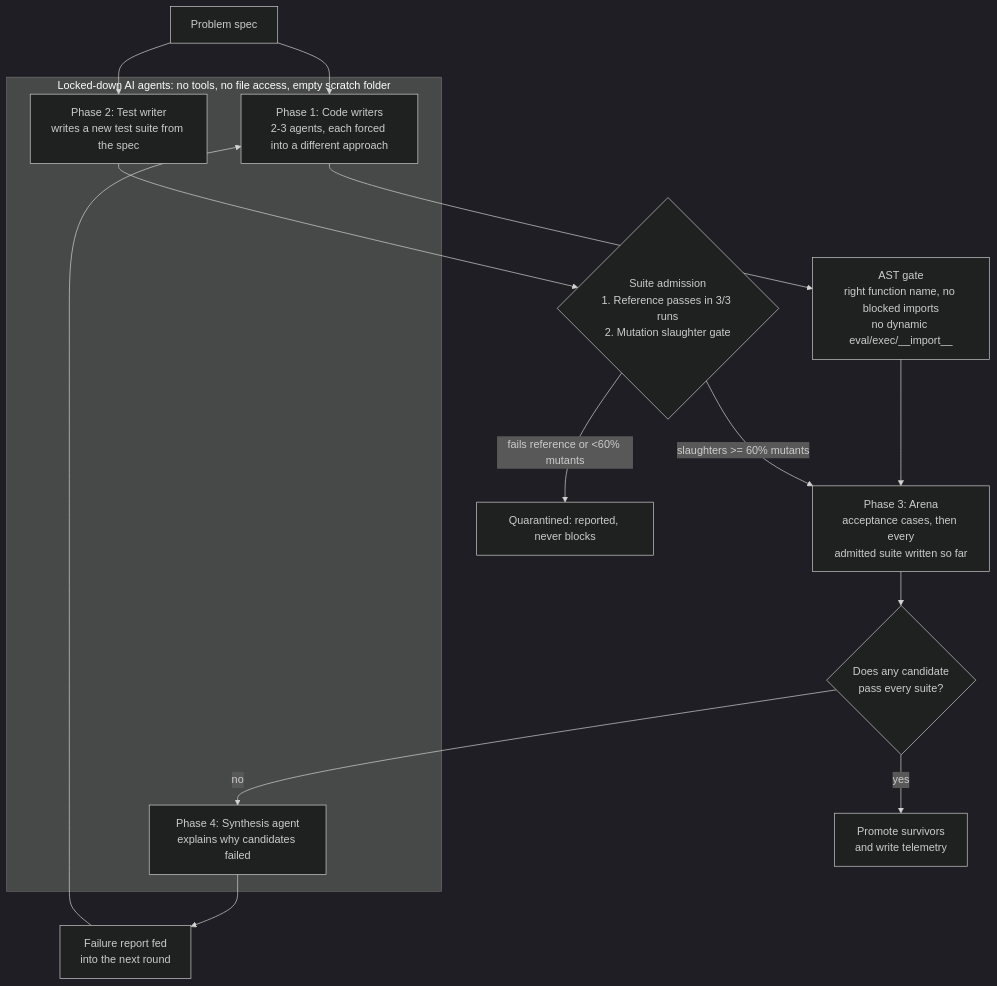
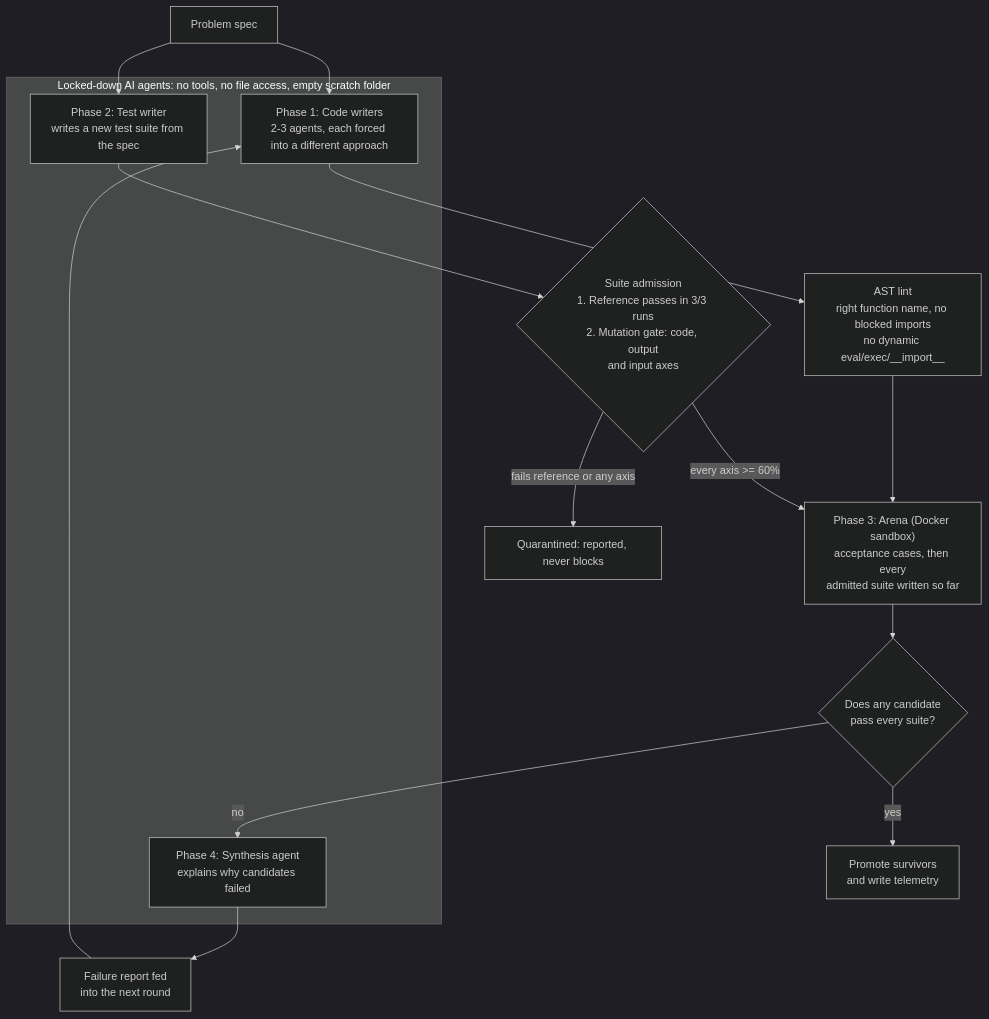
Before and after one commit to WrdCstlg/crucible-Sept: the first of 2 diagrams in docs/CRUCIBLE.md, drawn with Mermaid (dark theme). The commit also changed other lines of this file and 52 other files, not shown here.

First line of the commit message:
Pre-registered study, Docker sandbox, three-axis mutation gate

````diff
--- a/docs/CRUCIBLE.md
+++ b/docs/CRUCIBLE.md
@@ -7,20 +7,20 @@
 ```mermaid
 flowchart TD
     subgraph LOCK["Locked-down AI agents: no tools, no file access, empty scratch folder"]
         G["Phase 1: Code writers<br/>2-3 agents, each forced into a different approach"]
         Q["Phase 2: Test writer<br/>writes a new test suite from the spec"]
         SY["Phase 4: Synthesis agent<br/>explains why candidates failed"]
     end
     S["Problem spec"] --> G
     S --> Q
-    G --> AST["AST gate<br/>right function name, no blocked imports<br/>no dynamic eval/exec/__import__"]
-    AST --> AR["Phase 3: Arena<br/>acceptance cases, then every<br/>admitted suite written so far"]
-    Q --> ADM{"Suite admission<br/>1. Reference passes in 3/3 runs<br/>2. Mutation slaughter gate"}
-    ADM -- "slaughters >= 60% mutants" --> AR
-    ADM -- "fails reference or <60% mutants" --> QUAR["Quarantined: reported, never blocks"]
+    G --> AST["AST lint<br/>right function name, no blocked imports<br/>no dynamic eval/exec/__import__"]
+    AST --> AR["Phase 3: Arena (Docker sandbox)<br/>acceptance cases, then every<br/>admitted suite written so far"]
+    Q --> ADM{"Suite admission<br/>1. Reference passes in 3/3 runs<br/>2. Mutation gate: code, output<br/>and input axes"}
+    ADM -- "every axis >= 60%" --> AR
+    ADM -- "fails reference or any axis" --> QUAR["Quarantined: reported, never blocks"]
     AR --> D{"Does any candidate<br/>pass every suite?"}
     D -- yes --> P["Promote survivors<br/>and write telemetry"]
     D -- no --> SY
     SY --> F["Failure report fed<br/>into the next round"]
     F --> G
 ```
````
